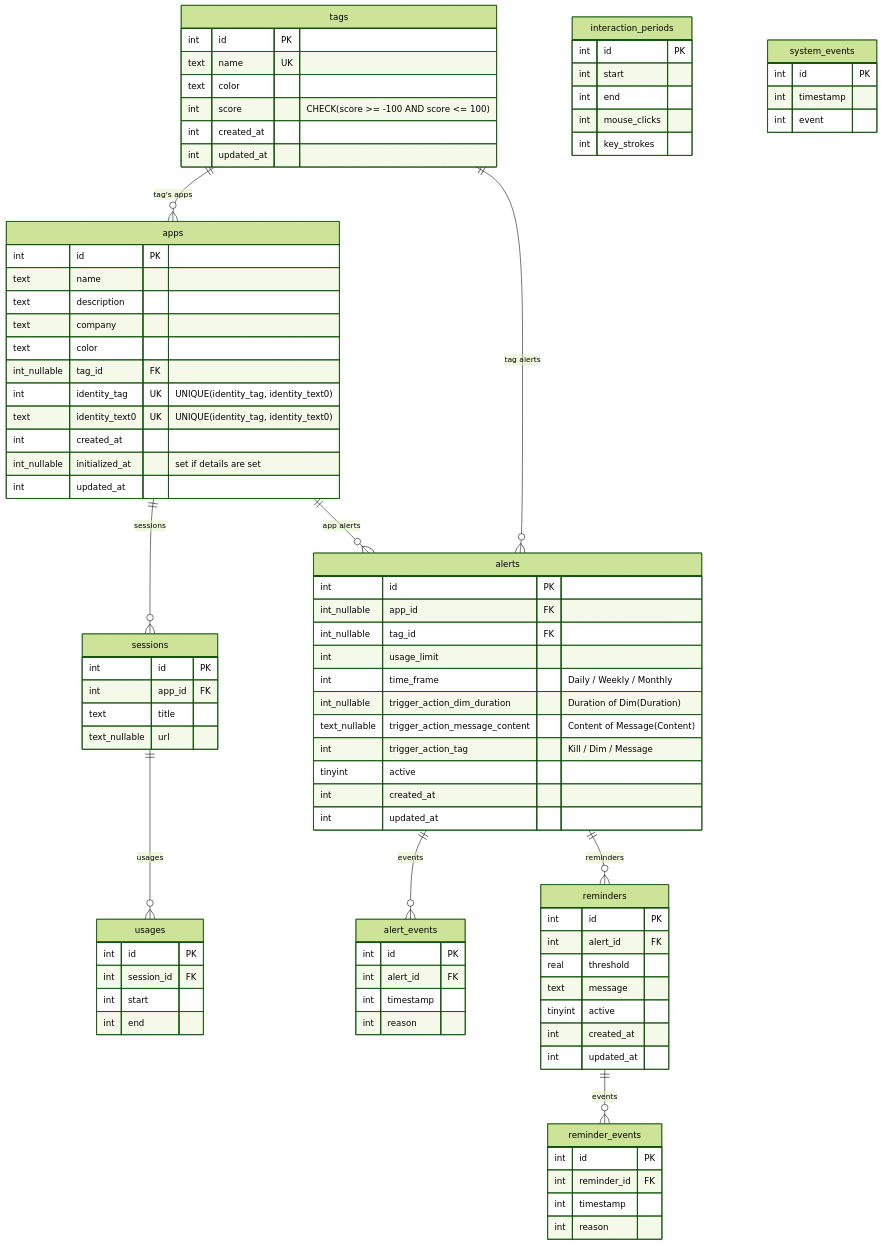
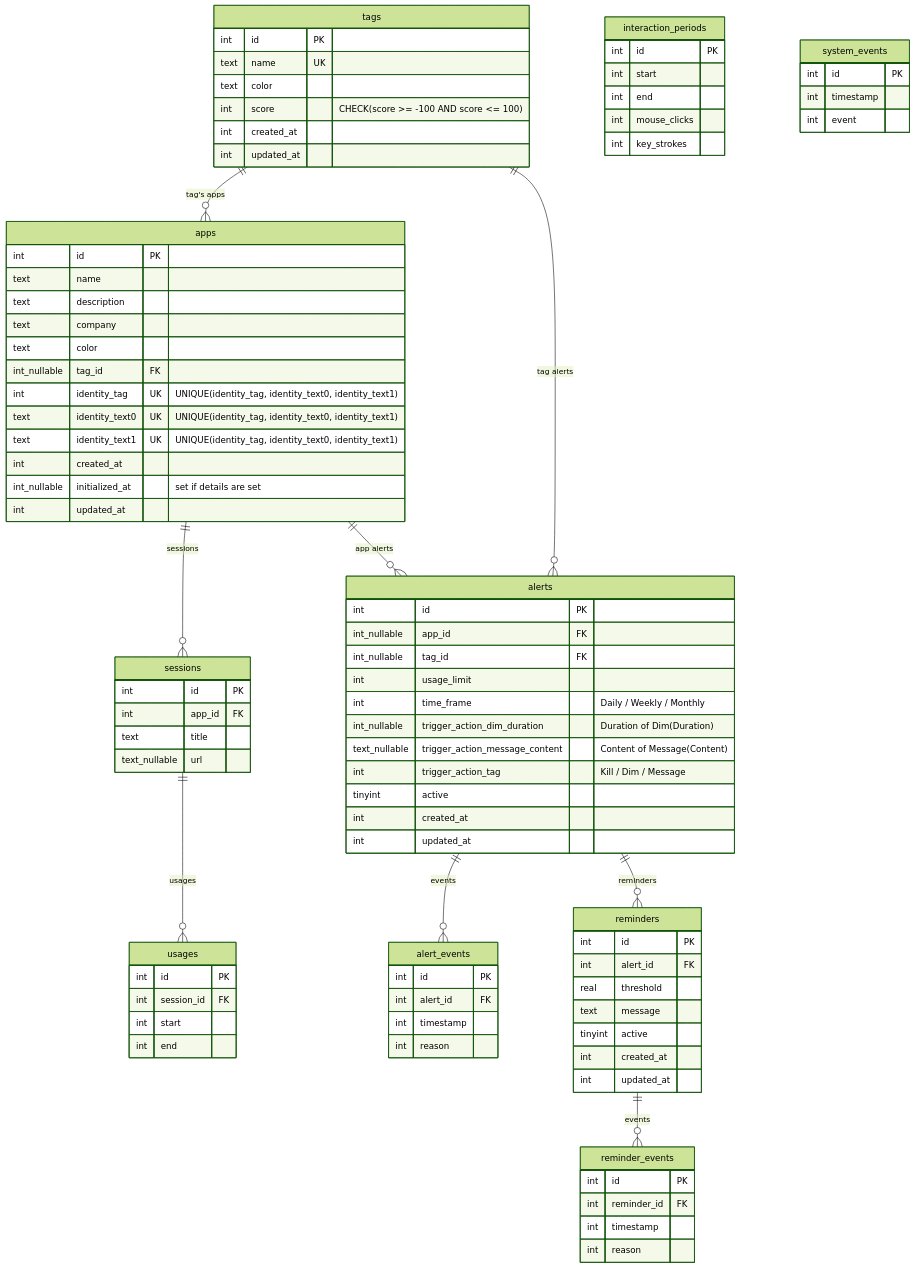
Before and after one commit to Enigmatrix/Cobalt: the second of 2 diagrams in docs/ARCHITECTURE.md, drawn with Mermaid (forest theme). The commit also changed 2 other files, not shown here.

Commit message:
feat(docs,test): fixup identity_text1 in docs and test

```diff
--- a/docs/ARCHITECTURE.md
+++ b/docs/ARCHITECTURE.md
@@ -142,8 +142,9 @@
         text            company
         text            color
         int_nullable    tag_id FK
-        int             identity_tag     UK "UNIQUE(identity_tag, identity_text0)"
-        text            identity_text0   UK "UNIQUE(identity_tag, identity_text0)"
+        int             identity_tag     UK "UNIQUE(identity_tag, identity_text0, identity_text1)"
+        text            identity_text0   UK "UNIQUE(identity_tag, identity_text0, identity_text1)"
+        text            identity_text1   UK "UNIQUE(identity_tag, identity_text0, identity_text1)"
         int             created_at
         int_nullable    initialized_at "set if details are set"
         int             updated_at
```
